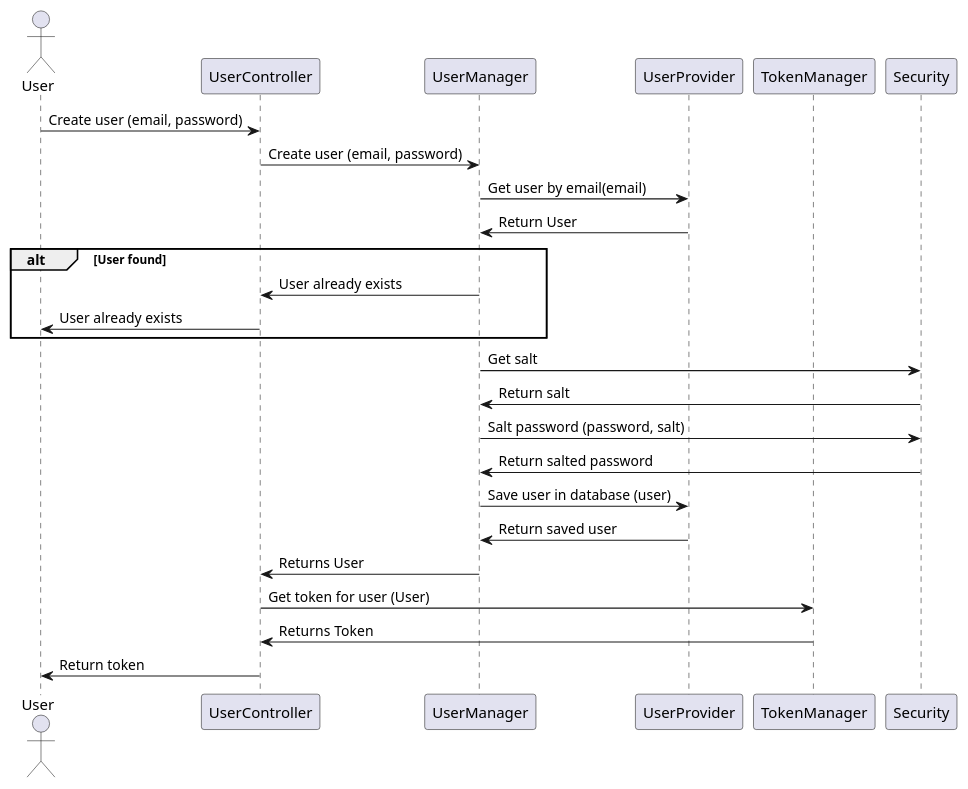
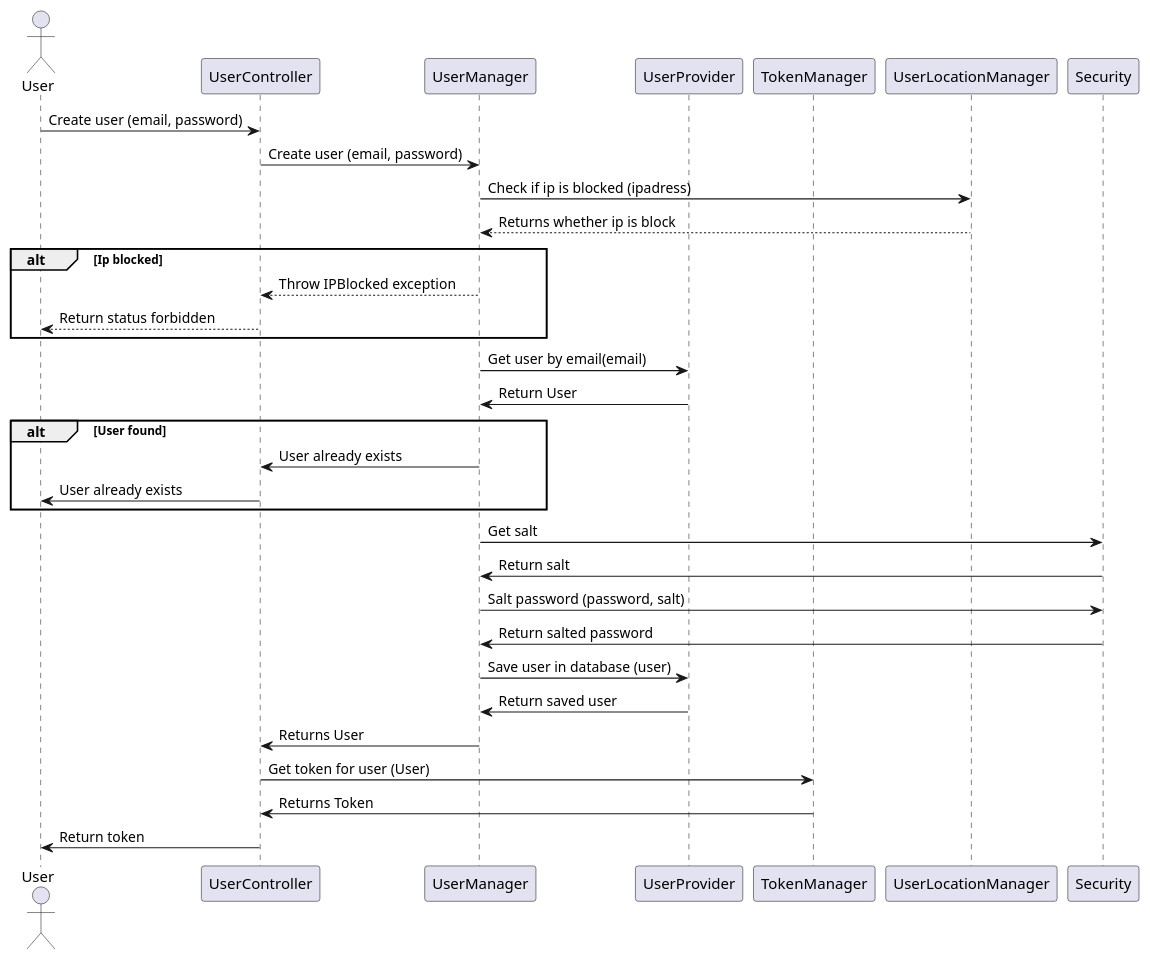
Before and after one commit to blackout1471/trust-us-school: the diagram in Docs/SDDiagrams/CreateUserSD.plantuml, drawn with PlantUML. The commit also changed 44 other files, not shown here.

```diff
--- a/Docs/SDDiagrams/CreateUserSD.plantuml
+++ b/Docs/SDDiagrams/CreateUserSD.plantuml
@@ -1,40 +1,51 @@
 @startuml Create User SD
 
 
 actor User
 participant UserController
 participant UserManager
 participant UserProvider
 participant TokenManager
+participant UserLocationManager
 participant Security
+
+
 
 User->UserController: Create user (email, password)
 UserController->UserManager: Create user (email, password)
+UserManager->UserLocationManager: Check if ip is blocked (ipadress)
+UserLocationManager-->UserManager: Returns whether ip is block
+
+alt Ip blocked
+UserManager-->UserController: Throw IPBlocked exception
+UserController-->User: Return status forbidden
+end
+
 UserManager->UserProvider: Get user by email(email)
 UserProvider->UserManager: Return User
 
 alt User found
 
 UserManager->UserController: User already exists
 UserController->User: User already exists
 
 end
 
 
 UserManager->Security: Get salt
 Security->UserManager: Return salt
 
 UserManager->Security: Salt password (password, salt)
 Security->UserManager: Return salted password
 
 UserManager->UserProvider: Save user in database (user)
 UserProvider->UserManager: Return saved user
 
 
 UserManager->UserController: Returns User
 UserController->TokenManager: Get token for user (User)
 TokenManager->UserController: Returns Token
 
 UserController->User: Return token
 
 @enduml
```
